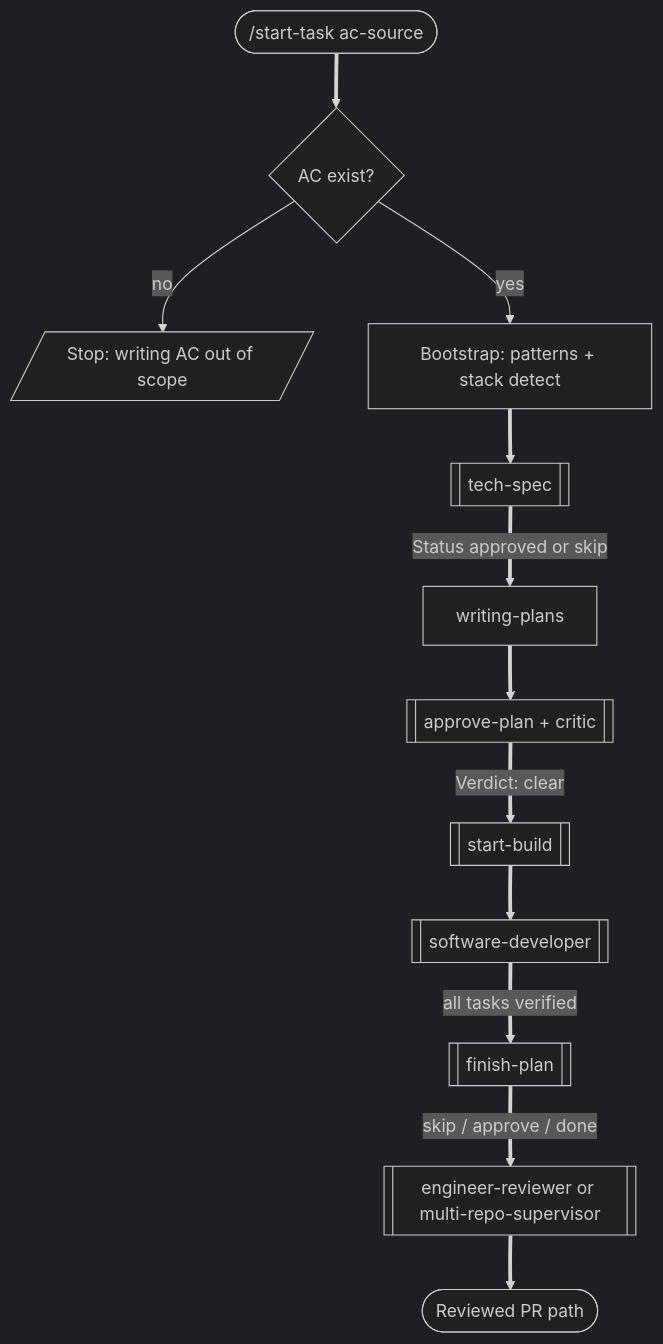
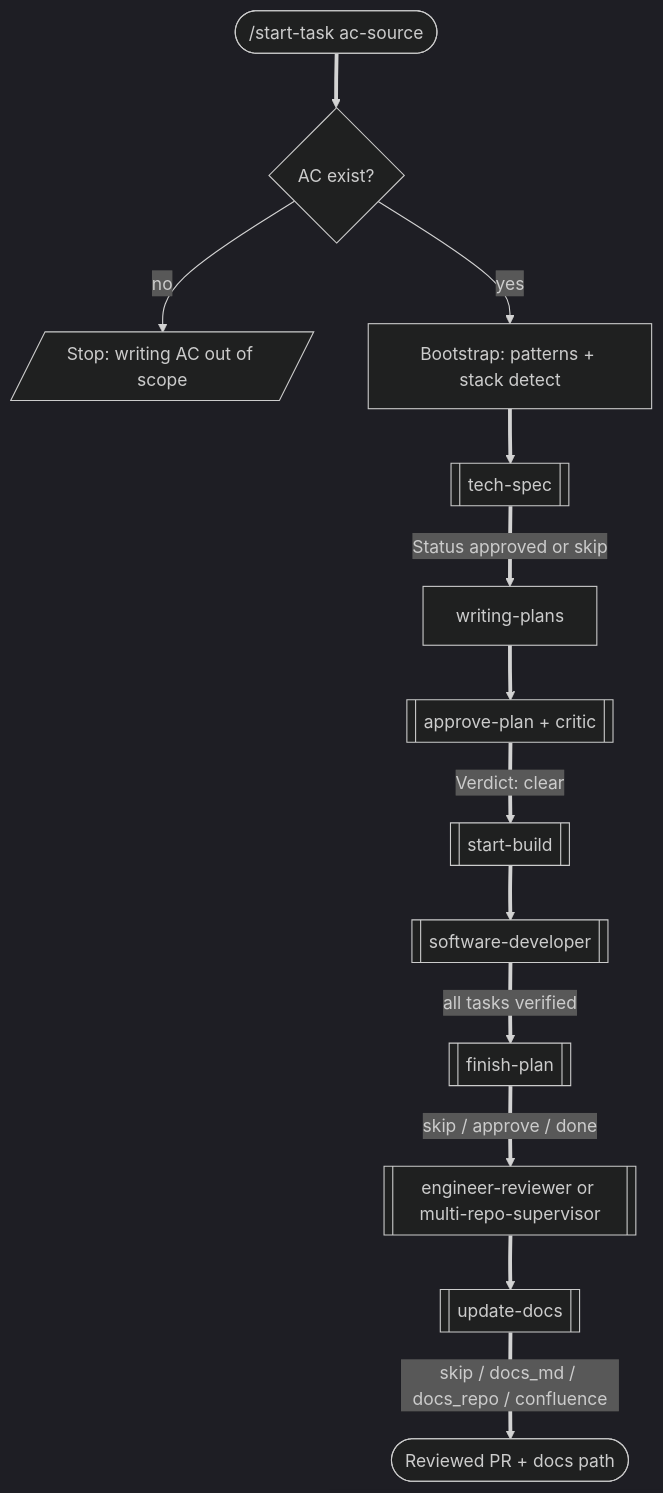
Before and after one commit to a-trembak/cursor-spells: the first of 9 diagrams in docs/superpowers/pipeline-flow.md, drawn with Mermaid (dark theme). The commit also changed other lines of this file and 12 other files, not shown here.

````diff
--- a/docs/superpowers/pipeline-flow.md
+++ b/docs/superpowers/pipeline-flow.md
@@ -28,27 +28,29 @@
 ```mermaid
 flowchart TD
   startNode(["/start-task ac-source"])
   noAc{AC exist?}
   stopNoAc[/"Stop: writing AC out of scope"/]
   bootstrap["Bootstrap: patterns + stack detect"]
   techSpec[["tech-spec"]]
   planWrite["writing-plans"]
   approvePlan[["approve-plan + critic"]]
   startBuild[["start-build"]]
   softwareDev[["software-developer"]]
   finishPlan[["finish-plan"]]
   engReview[["engineer-reviewer or multi-repo-supervisor"]]
-  doneNode(["Reviewed PR path"])
+  updateDocs[["update-docs"]]
+  doneNode(["Reviewed PR + docs path"])
 
   startNode ==> noAc
   noAc -->|"no"| stopNoAc
   noAc -->|"yes"| bootstrap
   bootstrap ==> techSpec
   techSpec ==>|"Status approved or skip"| planWrite
   planWrite ==> approvePlan
   approvePlan ==>|"Verdict: clear"| startBuild
   startBuild ==> softwareDev
   softwareDev ==>|"all tasks verified"| finishPlan
   finishPlan ==>|"skip / approve / done"| engReview
-  engReview ==> doneNode
+  engReview ==> updateDocs
+  updateDocs ==>|"skip / docs_md / docs_repo / confluence"| doneNode
 ```
````
